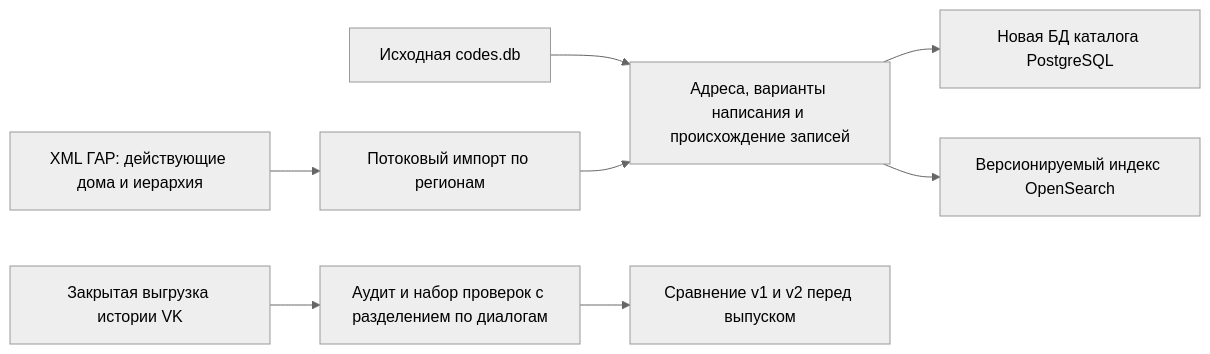
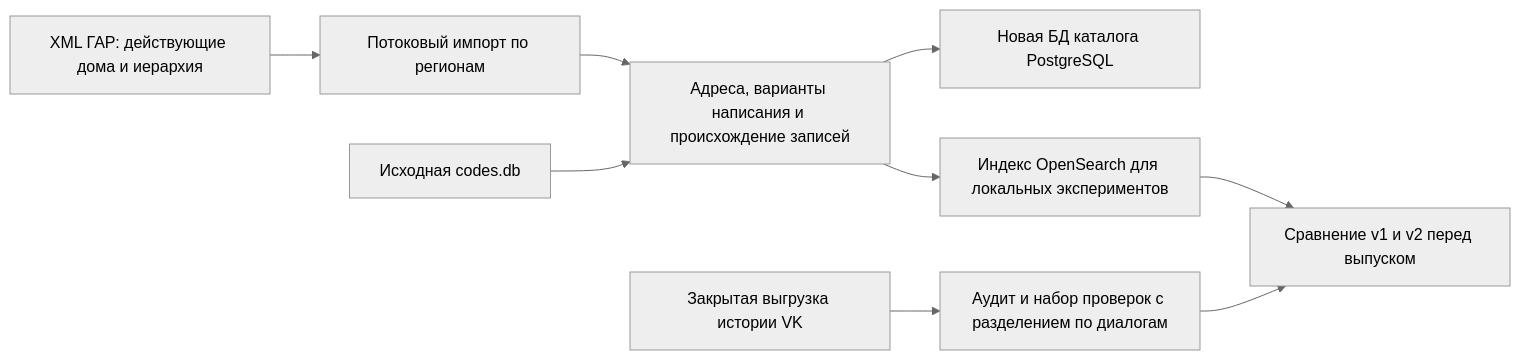
Before and after one commit to omkality/domofomka: the fifth of 5 diagrams in README.md, drawn with Mermaid (neutral theme). The commit also changed other lines of this file and 5 other files, not shown here.

Commit message:
docs(search): record city-role comparisons and clarify runtime architecture

````diff
--- a/README.md
+++ b/README.md
@@ -81,10 +80,11 @@
 ```mermaid
 flowchart LR
     GAR[XML ГАР: действующие дома и иерархия] --> IMP[Потоковый импорт по регионам]
     OLD[Исходная codes.db] --> N[Адреса, варианты написания и происхождение записей]
     IMP --> N
     N --> CAT[Новая БД каталога PostgreSQL]
-    N --> IDX[Версионируемый индекс OpenSearch]
+    N --> IDX[Индекс OpenSearch для локальных экспериментов]
     HISTORY[Закрытая выгрузка истории VK] --> AUDIT[Аудит и набор проверок с разделением по диалогам]
     AUDIT --> TEST[Сравнение v1 и v2 перед выпуском]
+    IDX --> TEST
 ```
````
